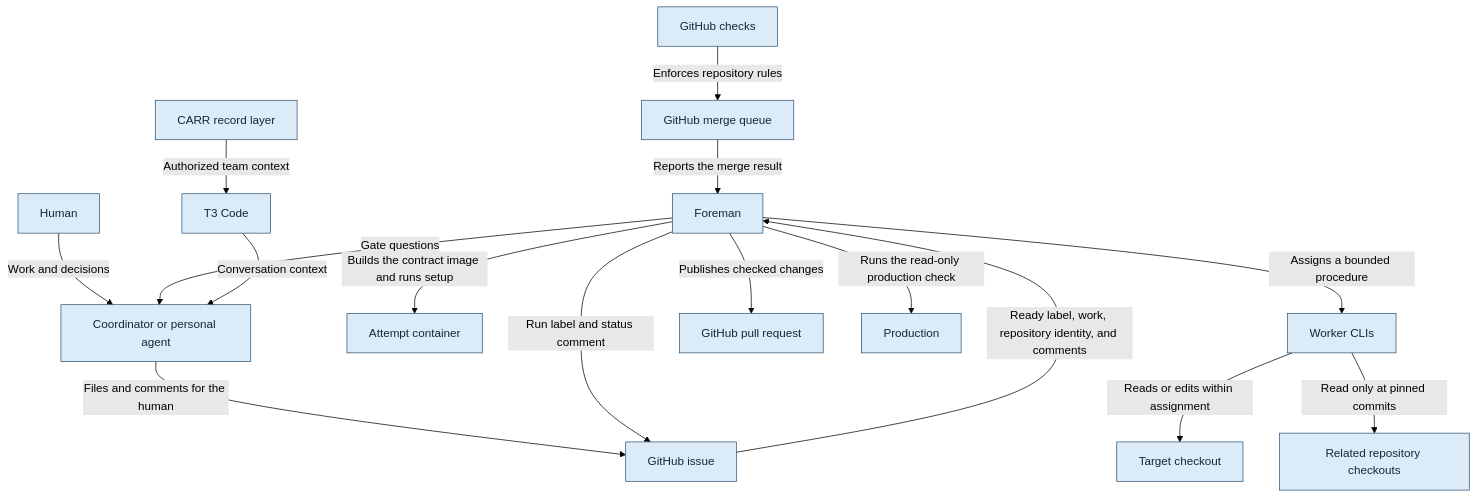
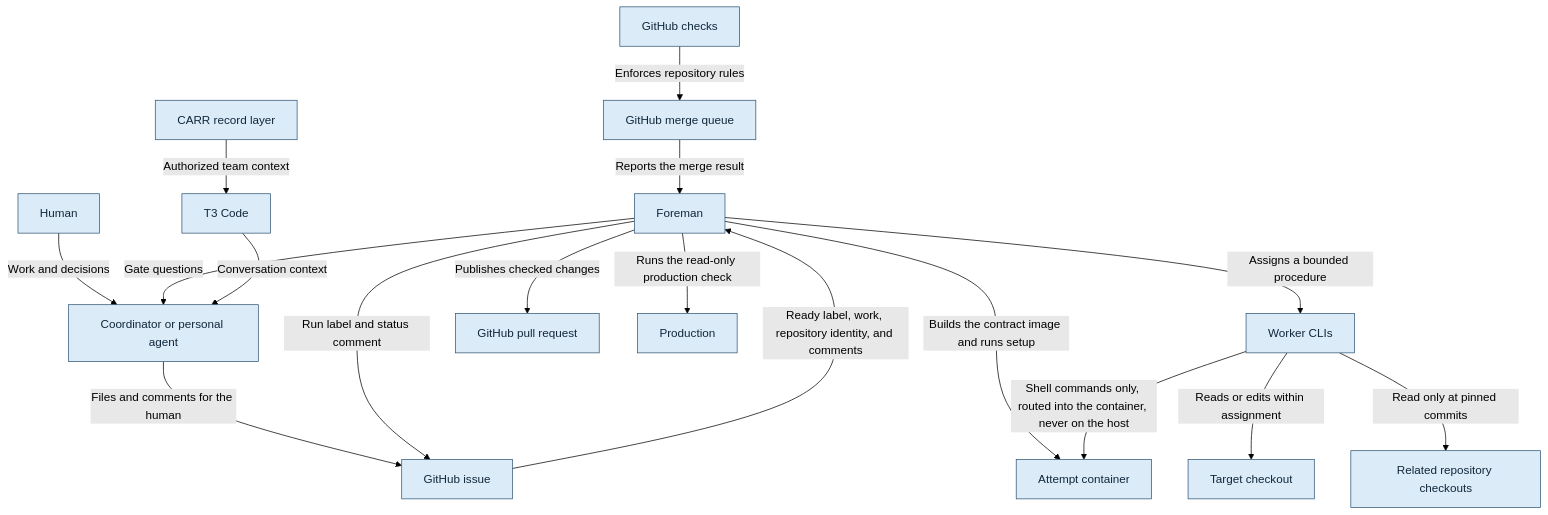
Before and after one commit to bookout-labs/tools: the diagram in docs/graph/blueprint/views/context.mmd, drawn with Mermaid (forest theme). The commit also changed 10 other files, not shown here.

```diff
--- a/docs/graph/blueprint/views/context.mmd
+++ b/docs/graph/blueprint/views/context.mmd
@@ -1,35 +1,36 @@
 flowchart TD
     n0["GitHub checks"]:::stage
     n1["GitHub merge queue"]:::stage
     n2["Foreman"]:::stage
     n3["Human"]:::stage
     n4["Coordinator or personal agent"]:::stage
     n5["GitHub issue"]:::stage
     n6["CARR record layer"]:::stage
     n7["T3 Code"]:::stage
     n8["Attempt container"]:::stage
     n9["Worker CLIs"]:::stage
     n10["Target checkout"]:::stage
     n11["Related repository checkouts"]:::stage
     n12["GitHub pull request"]:::stage
     n13["Production"]:::stage
     n0 -->|"Enforces repository rules"| n1
     n1 -->|"Reports the merge result"| n2
     n3 -->|"Work and decisions"| n4
     n4 -->|"Files and comments for the human"| n5
     n2 -->|"Gate questions"| n4
     n5 -->|"Ready label, work, repository identity, and comments"| n2
     n2 -->|"Run label and status comment"| n5
     n6 -->|"Authorized team context"| n7
     n7 -->|"Conversation context"| n4
     n2 -->|"Builds the contract image and runs setup"| n8
+    n9 -->|"Shell commands only, routed into the container, never on the host"| n8
     n2 -->|"Assigns a bounded procedure"| n9
     n9 -->|"Reads or edits within assignment"| n10
     n9 -->|"Read only at pinned commits"| n11
     n2 -->|"Publishes checked changes"| n12
     n2 -->|"Runs the read-only production check"| n13
     classDef stage fill:#dcebf8,stroke:#315675,color:#10283b
     classDef step fill:#edf3f8,stroke:#597187,color:#132638
     classDef worker fill:#d7f0e8,stroke:#357369,color:#133c36
     classDef gate fill:#fff0c9,stroke:#89641f,color:#3f2b0b
     classDef terminal fill:#f0f0f0,stroke:#666666,color:#202020
```
